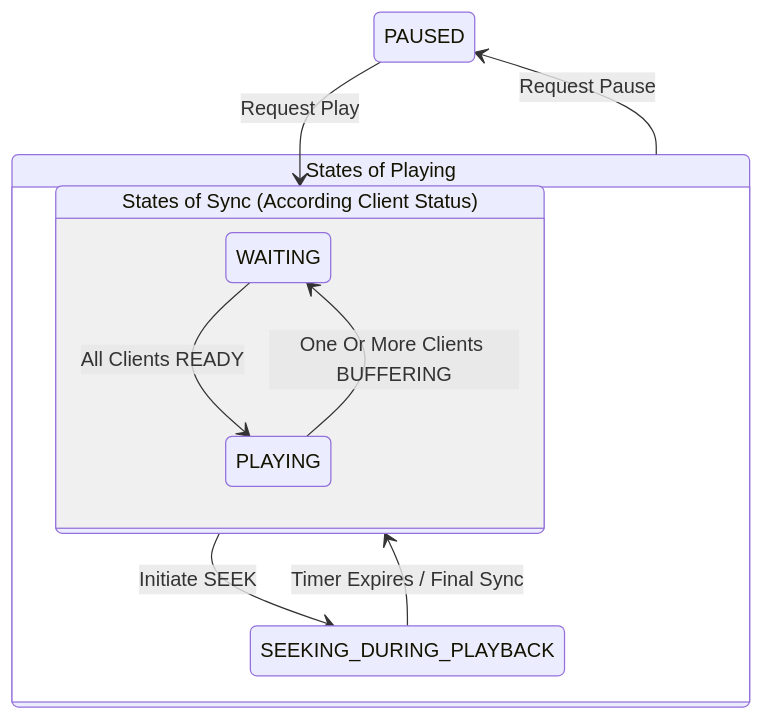
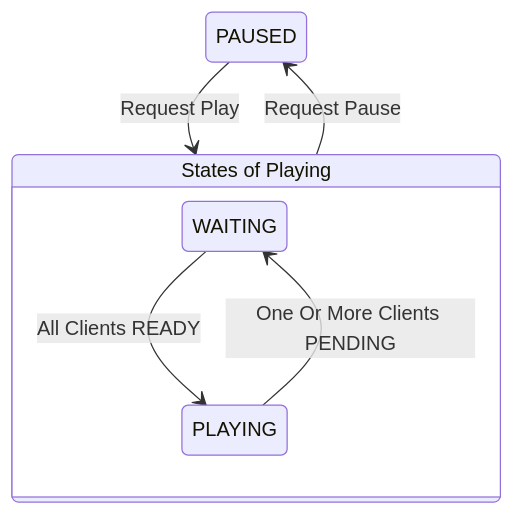
One commit to joodo/bunga-server changed the diagram in README.md. Above: the diagram before and after it, drawn with Mermaid. The commit also changed other lines of this file and 10 other files, not shown here.

Commit message:
re-work play sync logic

````diff
--- a/README.md
+++ b/README.md
@@ -115,22 +102,15 @@
 ```mermaid
 stateDiagram-v2
 
-    PAUSED --> SYNCGROUP : Request Play
+    PAUSED --> PLAYINGGROUP : Request Play
 
+    PLAYINGGROUP: States of Playing
     state PLAYINGGROUP {
         direction TB
-        state SYNCGROUP {
-            direction TB
-            WAITING --> PLAYING : All Clients READY
-            PLAYING --> WAITING : One Or More Clients BUFFERING
-        }
-
-        SYNCGROUP --> SEEKING_DURING_PLAYBACK : Initiate SEEK
-        SEEKING_DURING_PLAYBACK --> SYNCGROUP : Timer Expires / Final Sync
+        WAITING --> PLAYING : All Clients READY
+        PLAYING --> WAITING : One Or More Clients PENDING
     }
 
     PLAYINGGROUP --> PAUSED : Request Pause
 
-        SYNCGROUP: States of Sync (According Client Status)
-    PLAYINGGROUP: States of Playing
 ```
````
